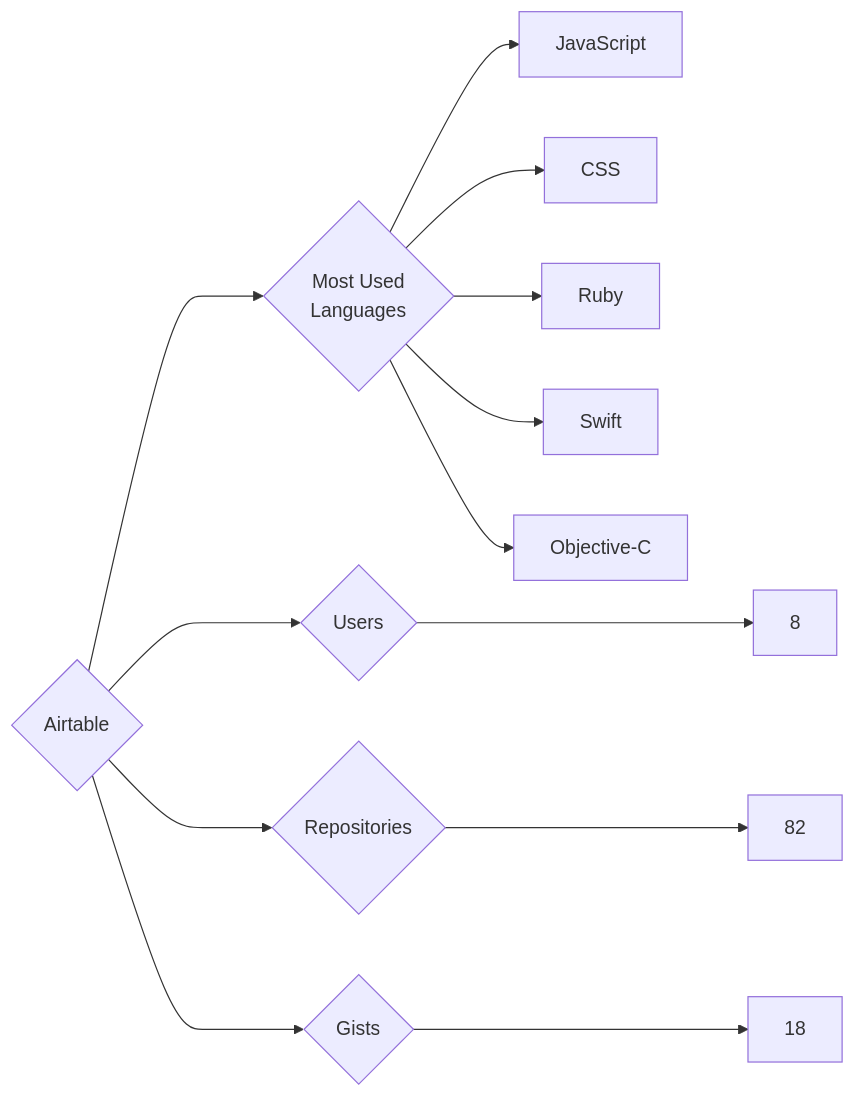
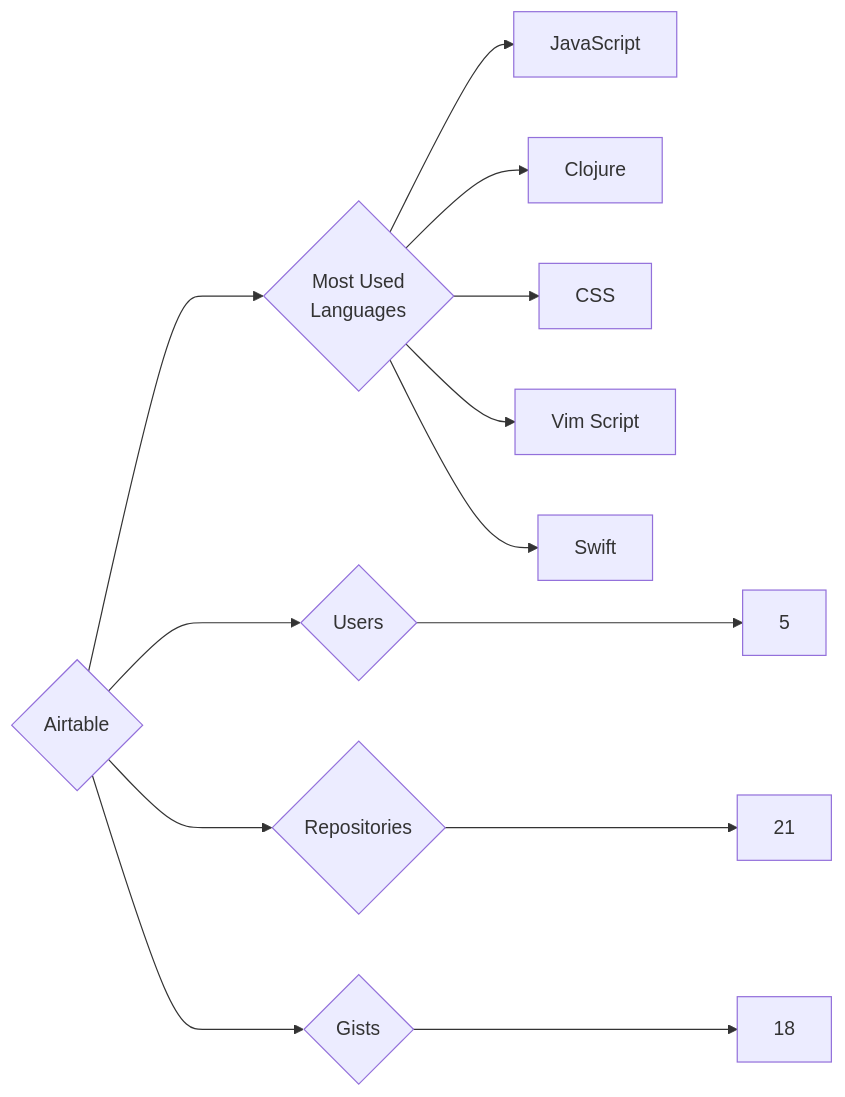
The diagram in targets/Airtable/README.md (trickest/insiders), drawn with Mermaid before and after one commit. The commit also changed 985 other files, not shown here.

````diff
--- a/targets/Airtable/README.md
+++ b/targets/Airtable/README.md
@@ -3,13 +3,13 @@
 ```mermaid
 graph LR
 COMPANY_NAME{Airtable}
-COMPANY_NAME ---> U{Users} ---> UN[8]
-COMPANY_NAME ---> R{Repositories} ---> RN[82]
+COMPANY_NAME ---> U{Users} ---> UN[5]
+COMPANY_NAME ---> R{Repositories} ---> RN[21]
 COMPANY_NAME ---> G{Gists} ---> GN[18]
 COMPANY_NAME ---> ML{Most Used<br>Languages}
 ML --> JavaScript[JavaScript]
+ML --> Clojure[Clojure]
 ML --> CSS[CSS]
-ML --> Ruby[Ruby]
+ML --> Vim_Script[Vim Script]
 ML --> Swift[Swift]
-ML --> Objective-C[Objective-C]
 ```
````
